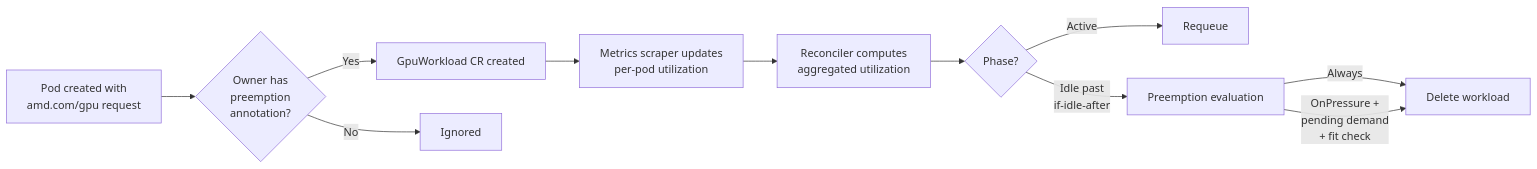
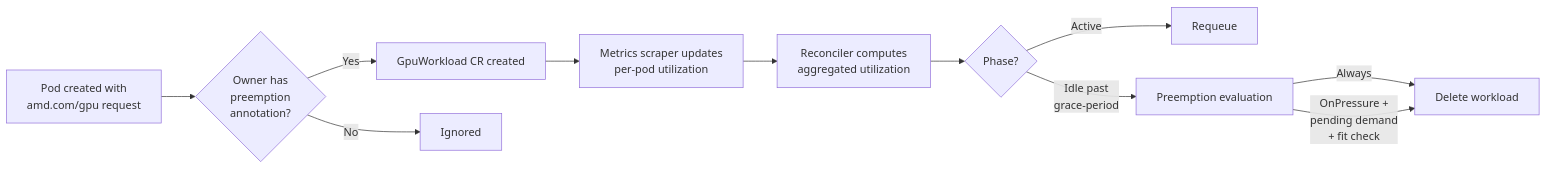
Before and after one commit to silogen/kaiwo: the diagram in docs/docs/admin/gpu-preemption.md, drawn with Mermaid. The commit also changed other lines of this file and 22 other files, not shown here.

Commit message:
rename if-idle-after to grace-period

````diff
--- a/docs/docs/admin/gpu-preemption.md
+++ b/docs/docs/admin/gpu-preemption.md
@@ -9,13 +9,13 @@
 ```mermaid
 flowchart LR
     P[Pod created with<br>amd.com/gpu request] --> D{Owner has<br>preemption<br>annotation?}
     D -- Yes --> G[GpuWorkload CR created]
     D -- No --> X[Ignored]
     G --> S[Metrics scraper updates<br>per-pod utilization]
     S --> R[Reconciler computes<br>aggregated utilization]
     R --> Ph{Phase?}
     Ph -- Active --> W[Requeue]
-    Ph -- Idle past<br>if-idle-after --> E[Preemption evaluation]
+    Ph -- Idle past<br>grace-period --> E[Preemption evaluation]
     E -- Always --> Del[Delete workload]
     E -- OnPressure +<br>pending demand<br>+ fit check --> Del
 ```
````
